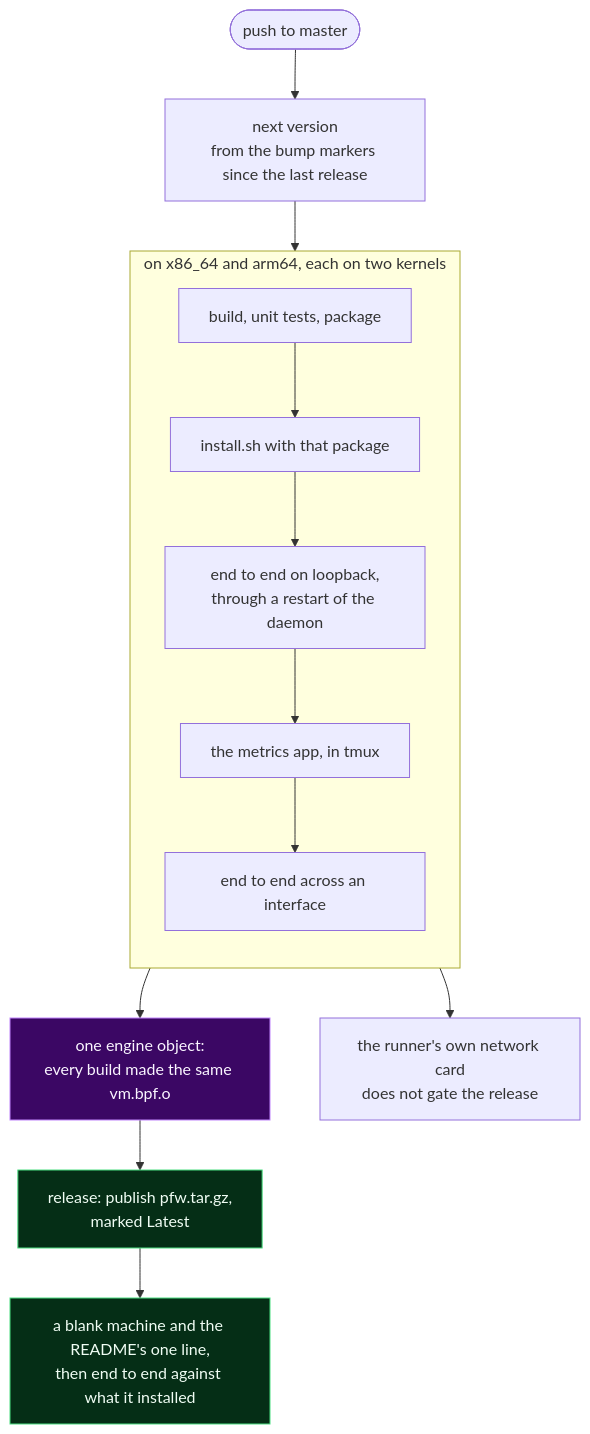
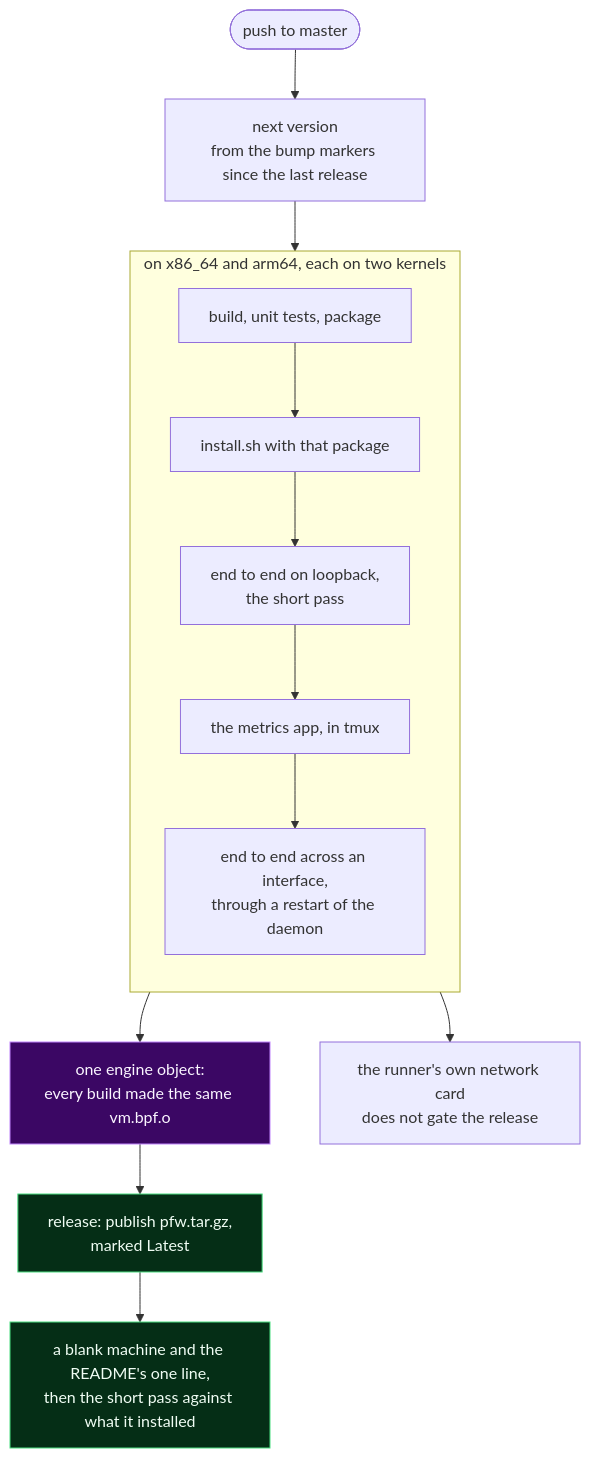
One commit to yeet-src/pfw changed the diagram in assets/release.mmd. Above: the diagram before and after it, drawn with Mermaid. The commit also changed 3 other files, not shown here.

```diff
--- a/assets/release.mmd
+++ b/assets/release.mmd
@@ -1,21 +1,21 @@
 flowchart TD
     push(["push to master"]) --> version["next version<br/>from the bump markers since the last release"]
     version --> build
 
     subgraph build["on x86_64 and arm64, each on two kernels"]
         direction TB
         b1["build, unit tests, package"] --> b2["install.sh with that package"]
-        b2 --> b3["end to end on loopback,<br/>through a restart of the daemon"]
+        b2 --> b3["end to end on loopback,<br/>the short pass"]
         b3 --> b4["the metrics app, in tmux"]
-        b4 --> b5["end to end across an interface"]
+        b4 --> b5["end to end across an interface,<br/>through a restart of the daemon"]
     end
 
     build --> same["one engine object:<br/>every build made the same vm.bpf.o"]
     build --> nic["the runner's own network card<br/>does not gate the release"]
     same --> release["release: publish pfw.tar.gz,<br/>marked Latest"]
-    release --> stranger["a blank machine and the README's one line,<br/>then end to end against what it installed"]
+    release --> stranger["a blank machine and the README's one line,<br/>then the short pass against what it installed"]
 
     classDef gate fill:#3b0764,stroke:#c084fc,color:#faf5ff
     classDef ship fill:#052e16,stroke:#4ade80,color:#f0fdf4
     class same gate
     class release,stranger ship
```
